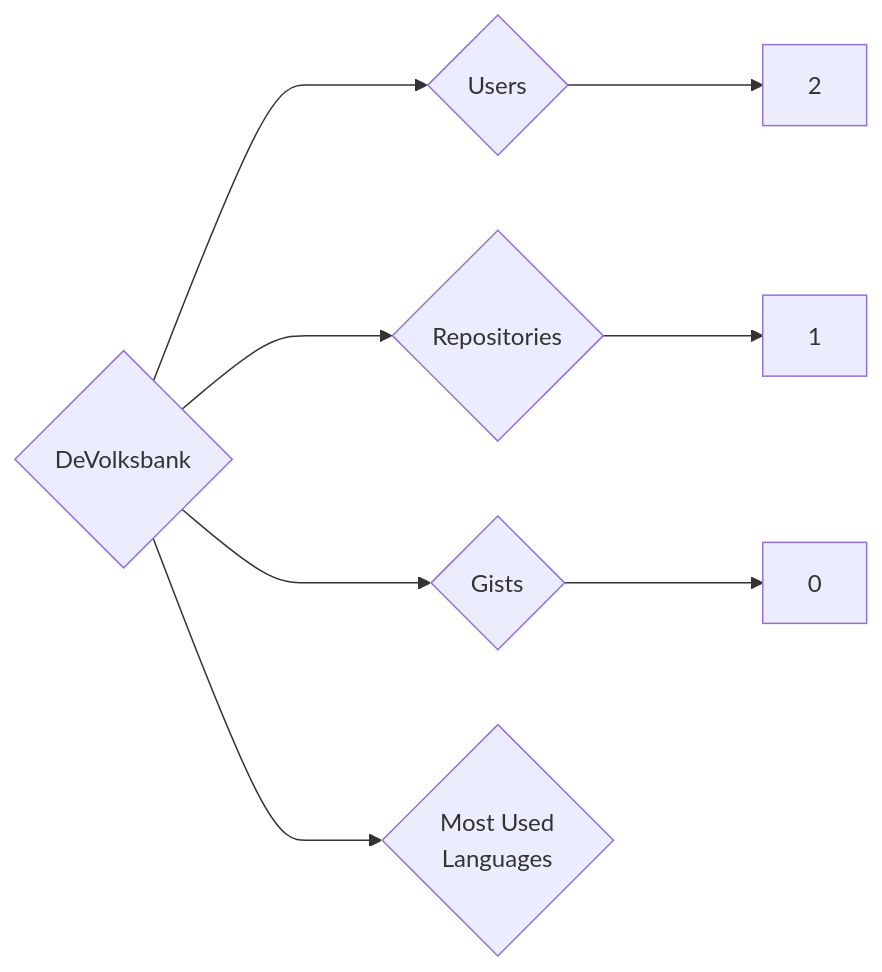
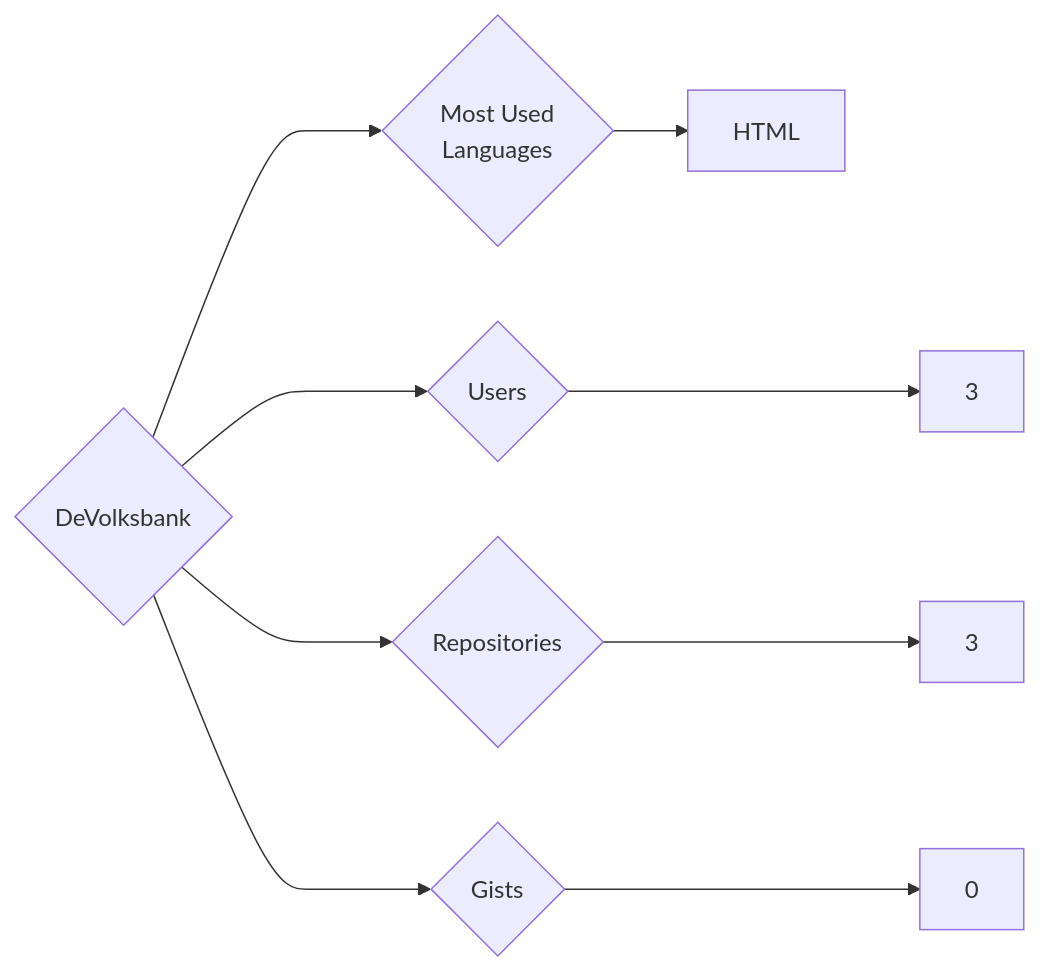
The diagram in targets/DeVolksbank/README.md (trickest/insiders), drawn with Mermaid before and after one commit. The commit also changed 1078 other files, not shown here.

````diff
--- a/targets/DeVolksbank/README.md
+++ b/targets/DeVolksbank/README.md
@@ -3,8 +3,9 @@
 ```mermaid
 graph LR
 COMPANY_NAME{DeVolksbank}
-COMPANY_NAME ---> U{Users} ---> UN[2]
-COMPANY_NAME ---> R{Repositories} ---> RN[1]
+COMPANY_NAME ---> U{Users} ---> UN[3]
+COMPANY_NAME ---> R{Repositories} ---> RN[3]
 COMPANY_NAME ---> G{Gists} ---> GN[0]
 COMPANY_NAME ---> ML{Most Used<br>Languages}
+ML --> HTML[HTML]
 ```
````
